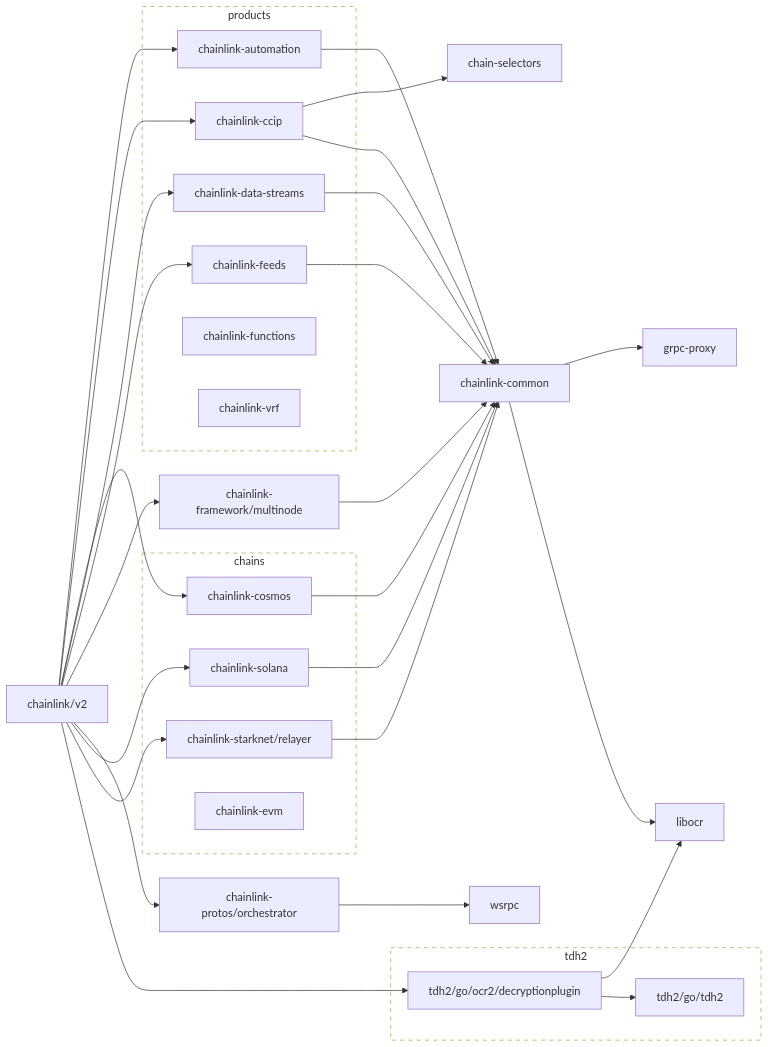
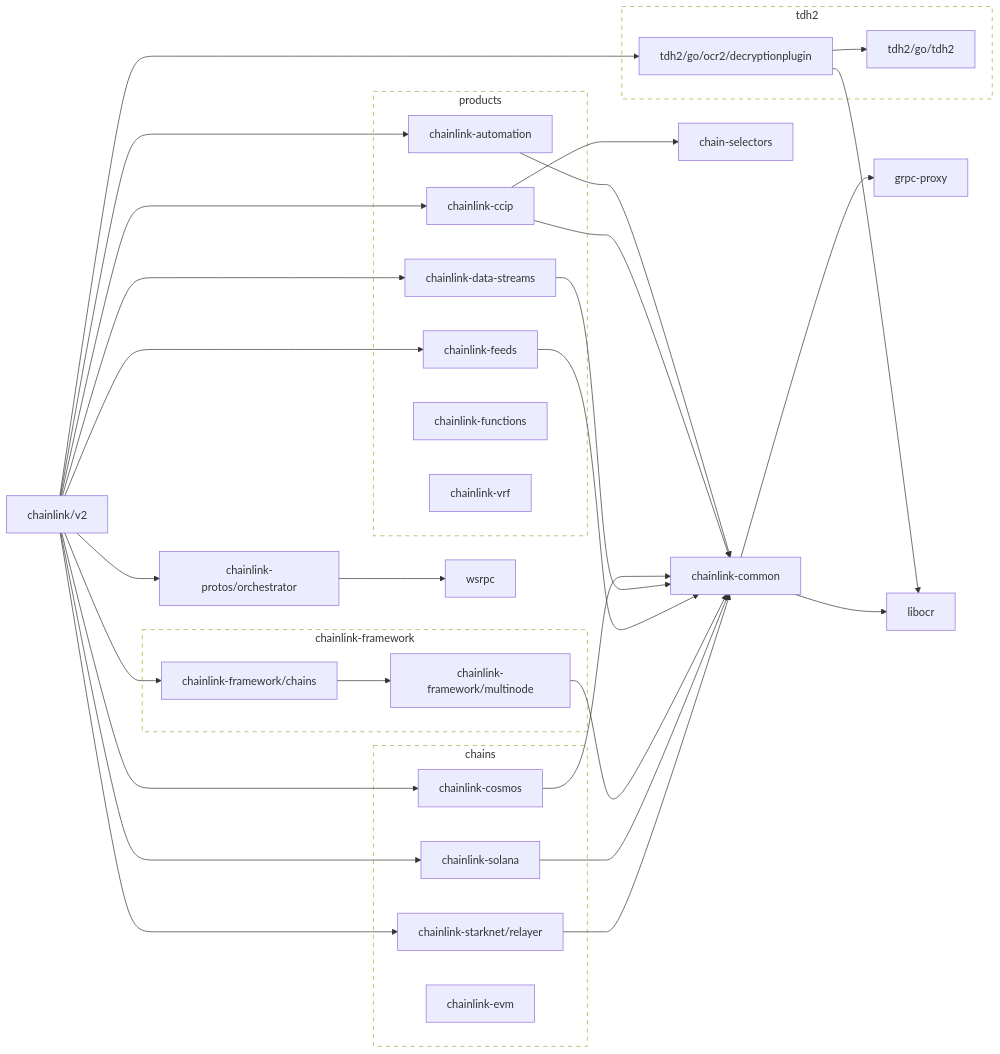
One commit to protofire/chainlink changed the first of 2 diagrams in go.md. Above: the diagram before and after it, drawn with Mermaid. The commit also changed other lines of this file and 126 other files, not shown here.

First line of the commit message:
Start using chainlink-framework/chains instead of  chainlink/common. (#15972)

````diff
--- a/go.md
+++ b/go.md
@@ -37,6 +37,8 @@
 	click chainlink-data-streams href "https://github.com/smartcontractkit/chainlink-data-streams"
 	chainlink-feeds --> chainlink-common
 	click chainlink-feeds href "https://github.com/smartcontractkit/chainlink-feeds"
+	chainlink-framework/chains --> chainlink-framework/multinode
+	click chainlink-framework/chains href "https://github.com/smartcontractkit/chainlink-framework"
 	chainlink-framework/multinode --> chainlink-common
 	click chainlink-framework/multinode href "https://github.com/smartcontractkit/chainlink-framework"
 	chainlink-protos/orchestrator --> wsrpc
@@ -50,7 +52,7 @@
 	chainlink/v2 --> chainlink-cosmos
 	chainlink/v2 --> chainlink-data-streams
 	chainlink/v2 --> chainlink-feeds
-	chainlink/v2 --> chainlink-framework/multinode
+	chainlink/v2 --> chainlink-framework/chains
 	chainlink/v2 --> chainlink-protos/orchestrator
 	chainlink/v2 --> chainlink-solana
 	chainlink/v2 --> chainlink-starknet/relayer
@@ -68,6 +70,12 @@
 	wsrpc
 	click wsrpc href "https://github.com/smartcontractkit/wsrpc"
 
+	subgraph chainlink-framework-repo[chainlink-framework]
+		 chainlink-framework/chains
+		 chainlink-framework/multinode
+	end
+	click chainlink-framework-repo href "https://github.com/smartcontractkit/chainlink-framework"
+
 	subgraph tdh2-repo[tdh2]
 		 tdh2/go/ocr2/decryptionplugin
 		 tdh2/go/tdh2
@@ -75,5 +83,5 @@
 	click tdh2-repo href "https://github.com/smartcontractkit/tdh2"
 
 	classDef outline stroke-dasharray:6,fill:none;
-	class tdh2-repo outline
+	class chainlink-framework-repo,tdh2-repo outline
 ```
````
